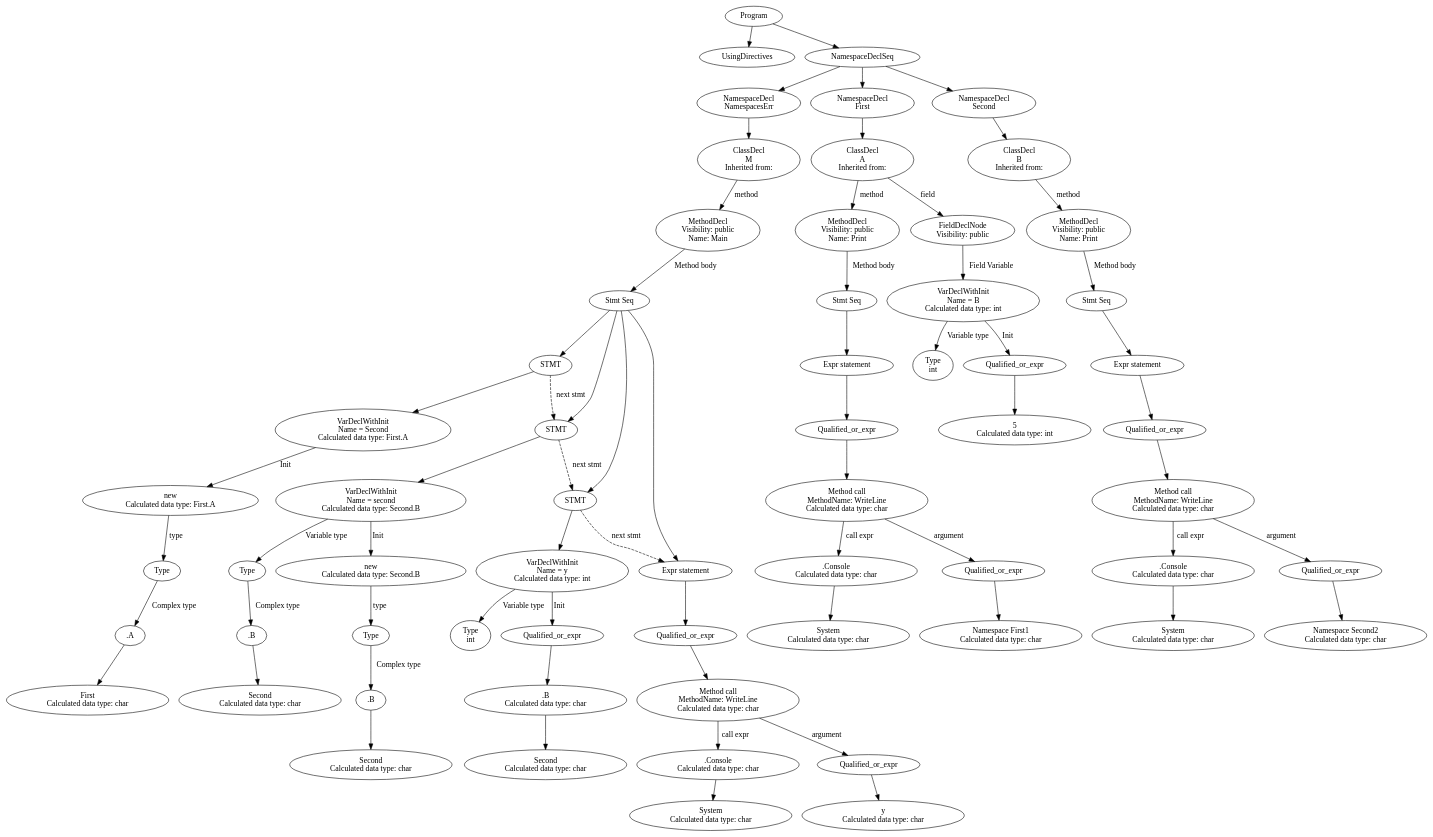
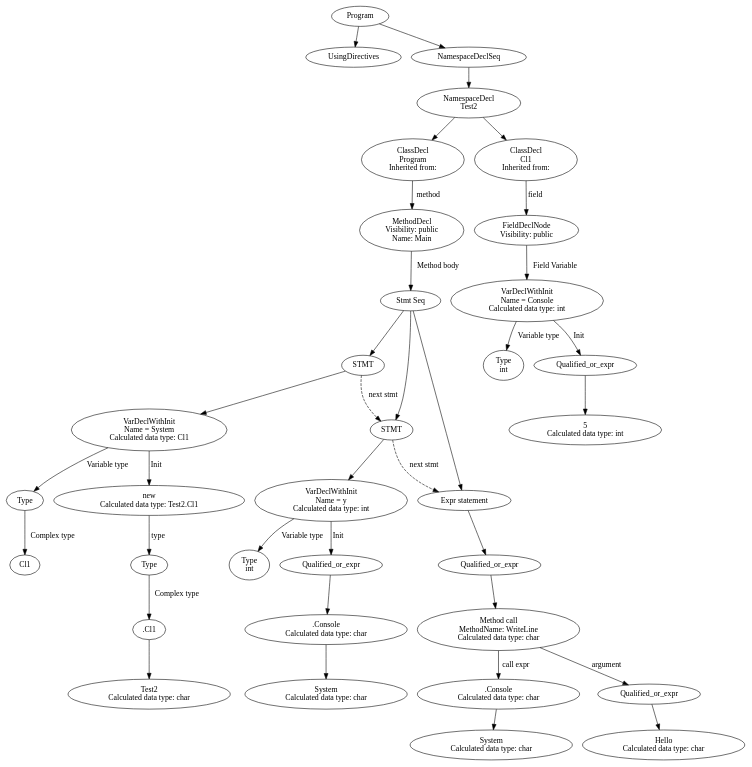
Before and after one commit to SergeyGT/CSharp_Compiler: the diagram in lexer-build/ast.dot, drawn with Graphviz. The commit also changed 5 other files, not shown here.

```diff
--- a/lexer-build/ast.dot
+++ b/lexer-build/ast.dot
@@ -1,128 +1,71 @@
 digraph Program {
-73 [label="Program"]
+38 [label="Program"]
 0 [label="UsingDirectives"]
 37 [label="NamespaceDeclSeq"]
-36 [label="NamespaceDecl\nNamespacesErr"]
-34 [label="ClassDecl\nM\nInherited from: "]
-32 [label="MethodDecl\nVisibility: public\nName: Main"]
-8 [label="Stmt Seq"]
-7 [label="STMT"]
-6 [label="VarDeclWithInit\nName = Second\nCalculated data type: First.A"]
-5 [label="new\nCalculated data type: First.A"]
-4 [label="Type"]
-3 [label=".A"]
-2 [label="First\nCalculated data type: char"]
-3 -> 2
-4 -> 3 [label="Complex type"]
-5 -> 4 [label="type"]
-6 -> 5 [label="Init"]
-7 -> 6
-8 -> 7
-17 [label="STMT"]
-16 [label="VarDeclWithInit\nName = second\nCalculated data type: Second.B"]
-11 [label="Type"]
-10 [label=".B"]
-9 [label="Second\nCalculated data type: char"]
+36 [label="NamespaceDecl\nTest2"]
+27 [label="ClassDecl\nProgram\nInherited from: "]
+25 [label="MethodDecl\nVisibility: public\nName: Main"]
+10 [label="Stmt Seq"]
+9 [label="STMT"]
+8 [label="VarDeclWithInit\nName = System\nCalculated data type: Cl1"]
+3 [label="Type"]
+2 [label="Cl1"]
+3 -> 2 [label="Complex type"]
+8 -> 3 [label="Variable type"]
+7 [label="new\nCalculated data type: Test2.Cl1"]
+6 [label="Type"]
+5 [label=".Cl1"]
+4 [label="Test2\nCalculated data type: char"]
+5 -> 4
+6 -> 5 [label="Complex type"]
+7 -> 6 [label="type"]
+8 -> 7 [label="Init"]
+9 -> 8
 10 -> 9
-11 -> 10 [label="Complex type"]
-16 -> 11 [label="Variable type"]
-15 [label="new\nCalculated data type: Second.B"]
-14 [label="Type"]
-13 [label=".B"]
-12 [label="Second\nCalculated data type: char"]
+16 [label="STMT"]
+15 [label="VarDeclWithInit\nName = y\nCalculated data type: int"]
+11 [label="Type\nint"]
+15 -> 11 [label="Variable type"]
+14 [label="Qualified_or_expr"]
+13 [label=".Console\nCalculated data type: char"]
+12 [label="System\nCalculated data type: char"]
 13 -> 12
-14 -> 13 [label="Complex type"]
-15 -> 14 [label="type"]
-16 -> 15 [label="Init"]
-17 -> 16
-8 -> 17
-7 -> 17 [label="next stmt"][style="dashed"]
-23 [label="STMT"]
-22 [label="VarDeclWithInit\nName = y\nCalculated data type: int"]
-18 [label="Type\nint"]
-22 -> 18 [label="Variable type"]
-21 [label="Qualified_or_expr"]
-20 [label=".B\nCalculated data type: char"]
-19 [label="Second\nCalculated data type: char"]
+14 -> 13
+15 -> 14 [label="Init"]
+16 -> 15
+10 -> 16
+9 -> 16 [label="next stmt"][style="dashed"]
+24 [label="Expr statement"]
+23 [label="Qualified_or_expr"]
+22 [label="Method call\nMethodName: WriteLine\nCalculated data type: char"]
+18 [label=".Console\nCalculated data type: char"]
+17 [label="System\nCalculated data type: char"]
+18 -> 17
+22 -> 18 [label="call expr"]
+20 [label="Qualified_or_expr"]
+19 [label="Hello\nCalculated data type: char"]
 20 -> 19
-21 -> 20
-22 -> 21 [label="Init"]
+22 -> 20 [label="argument"]
 23 -> 22
-8 -> 23
-17 -> 23 [label="next stmt"][style="dashed"]
-31 [label="Expr statement"]
-30 [label="Qualified_or_expr"]
-29 [label="Method call\nMethodName: WriteLine\nCalculated data type: char"]
-25 [label=".Console\nCalculated data type: char"]
-24 [label="System\nCalculated data type: char"]
-25 -> 24
-29 -> 25 [label="call expr"]
-27 [label="Qualified_or_expr"]
-26 [label="y\nCalculated data type: char"]
-27 -> 26
-29 -> 27 [label="argument"]
-30 -> 29
+24 -> 23
+10 -> 24
+16 -> 24 [label="next stmt"][style="dashed"]
+25 -> 10 [label="Method body"]
+27 -> 25 [label="method"]
+36 -> 27
+35 [label="ClassDecl\nCl1\nInherited from: "]
+33 [label="FieldDeclNode\nVisibility: public"]
+32 [label="VarDeclWithInit\nName = Console\nCalculated data type: int"]
+29 [label="Type\nint"]
+32 -> 29 [label="Variable type"]
+31 [label="Qualified_or_expr"]
+30 [label="5\nCalculated data type: int"]
 31 -> 30
-8 -> 31
-23 -> 31 [label="next stmt"][style="dashed"]
-32 -> 8 [label="Method body"]
-34 -> 32 [label="method"]
-36 -> 34
+32 -> 31 [label="Init"]
+33 -> 32 [label="Field Variable"]
+35 -> 33 [label="field"]
+36 -> 35
 37 -> 36
-57 [label="NamespaceDecl\nFirst"]
-55 [label="ClassDecl\nA\nInherited from: "]
-54 [label="MethodDecl\nVisibility: public\nName: Print"]
-53 [label="Stmt Seq"]
-52 [label="Expr statement"]
-51 [label="Qualified_or_expr"]
-50 [label="Method call\nMethodName: WriteLine\nCalculated data type: char"]
-46 [label=".Console\nCalculated data type: char"]
-45 [label="System\nCalculated data type: char"]
-46 -> 45
-50 -> 46 [label="call expr"]
-48 [label="Qualified_or_expr"]
-47 [label="Namespace First1\nCalculated data type: char"]
-48 -> 47
-50 -> 48 [label="argument"]
-51 -> 50
-52 -> 51
-53 -> 52
-54 -> 53 [label="Method body"]
-55 -> 54 [label="method"]
-42 [label="FieldDeclNode\nVisibility: public"]
-41 [label="VarDeclWithInit\nName = B\nCalculated data type: int"]
-38 [label="Type\nint"]
-41 -> 38 [label="Variable type"]
-40 [label="Qualified_or_expr"]
-39 [label="5\nCalculated data type: int"]
-40 -> 39
-41 -> 40 [label="Init"]
-42 -> 41 [label="Field Variable"]
-55 -> 42 [label="field"]
-57 -> 55
-37 -> 57
-72 [label="NamespaceDecl\nSecond"]
-70 [label="ClassDecl\nB\nInherited from: "]
-68 [label="MethodDecl\nVisibility: public\nName: Print"]
-67 [label="Stmt Seq"]
-66 [label="Expr statement"]
-65 [label="Qualified_or_expr"]
-64 [label="Method call\nMethodName: WriteLine\nCalculated data type: char"]
-60 [label=".Console\nCalculated data type: char"]
-59 [label="System\nCalculated data type: char"]
-60 -> 59
-64 -> 60 [label="call expr"]
-62 [label="Qualified_or_expr"]
-61 [label="Namespace Second2\nCalculated data type: char"]
-62 -> 61
-64 -> 62 [label="argument"]
-65 -> 64
-66 -> 65
-67 -> 66
-68 -> 67 [label="Method body"]
-70 -> 68 [label="method"]
-72 -> 70
-37 -> 72
-73 -> 0
-73 -> 37
+38 -> 0
+38 -> 37
 }
```
